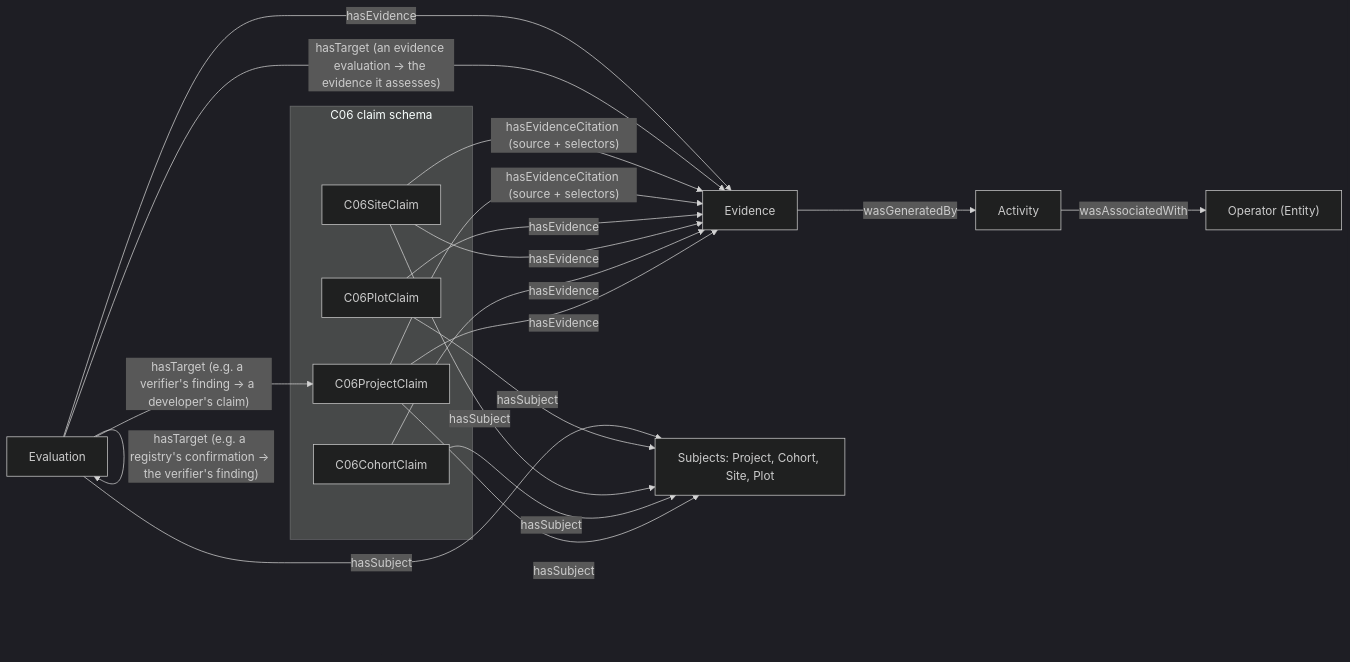
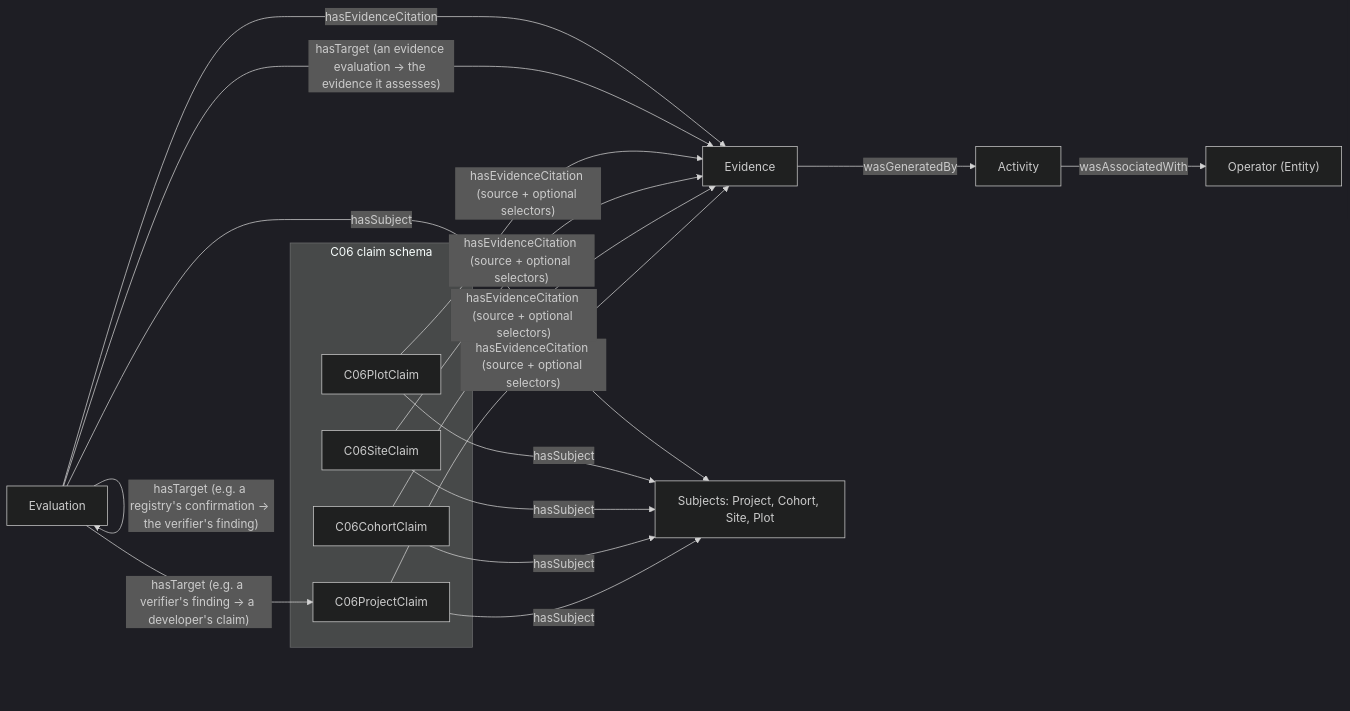
The first of 2 diagrams in docs/evaluation-and-evidence.md (regen-network/regen-data-standards), drawn with Mermaid (dark theme) before and after one commit. The commit also changed other lines of this file and 51 other files, not shown here.

First line of the commit message:
refactor(schema): cite evidence with hasEvidenceCitation only (#73)

````diff
--- a/docs/evaluation-and-evidence.md
+++ b/docs/evaluation-and-evidence.md
@@ -19,25 +19,24 @@
 ```mermaid
 flowchart LR
     subgraph C06["C06 claim schema"]
       PC[C06ProjectClaim]
       CC[C06CohortClaim]
       SC[C06SiteClaim]
       PLC[C06PlotClaim]
     end
     A[Evaluation]
     E[Evidence]
     ACT[Activity]
     OP["Operator (Entity)"]
     S["Subjects: Project, Cohort, Site, Plot"]
 
     PC & CC & SC & PLC -- hasSubject --> S
-    PC & CC & SC & PLC -- hasEvidence --> E
-    PC & SC -- "hasEvidenceCitation (source + selectors)" --> E
+    PC & CC & SC & PLC -- "hasEvidenceCitation (source + optional selectors)" --> E
     A -- "hasTarget (e.g. a verifier's finding → a developer's claim)" --> PC
     A -- "hasTarget (e.g. a registry's confirmation → the verifier's finding)" --> A
     A -- "hasTarget (an evidence evaluation → the evidence it assesses)" --> E
     A -- hasSubject --> S
-    A -- hasEvidence --> E
+    A -- hasEvidenceCitation --> E
     E -- wasGeneratedBy --> ACT
     ACT -- wasAssociatedWith --> OP
 ```
````
